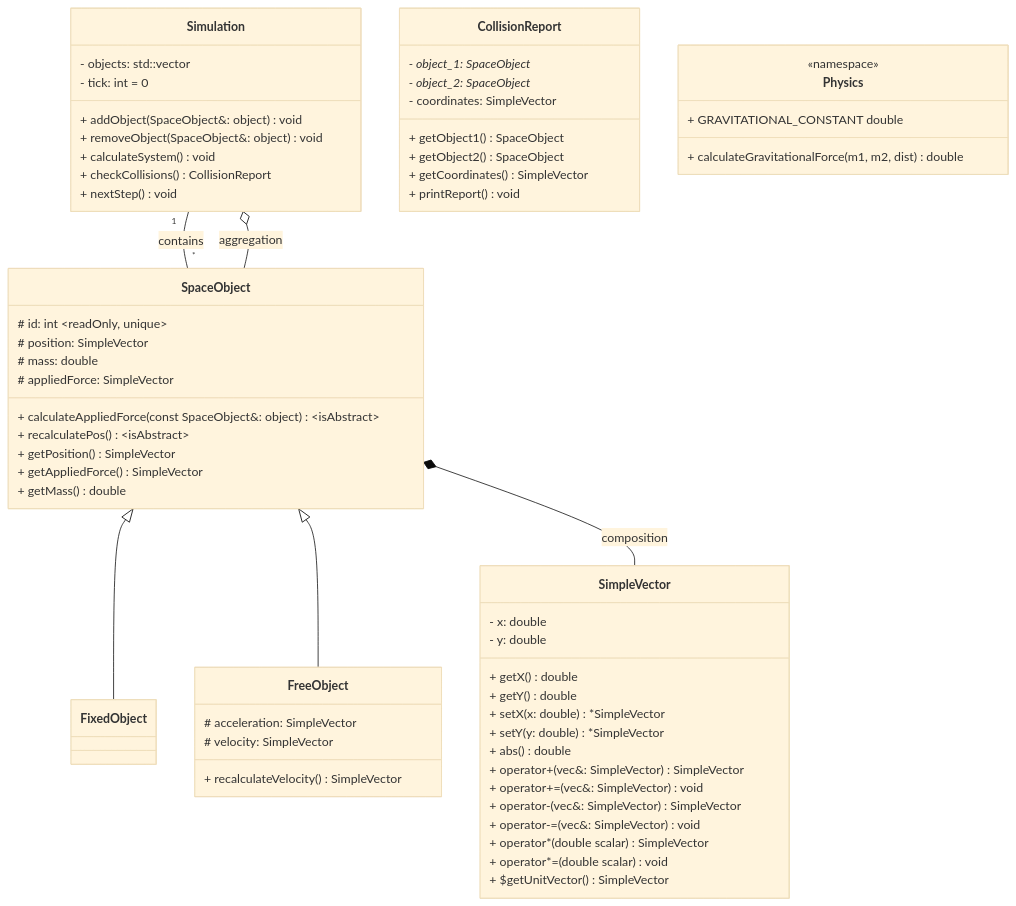
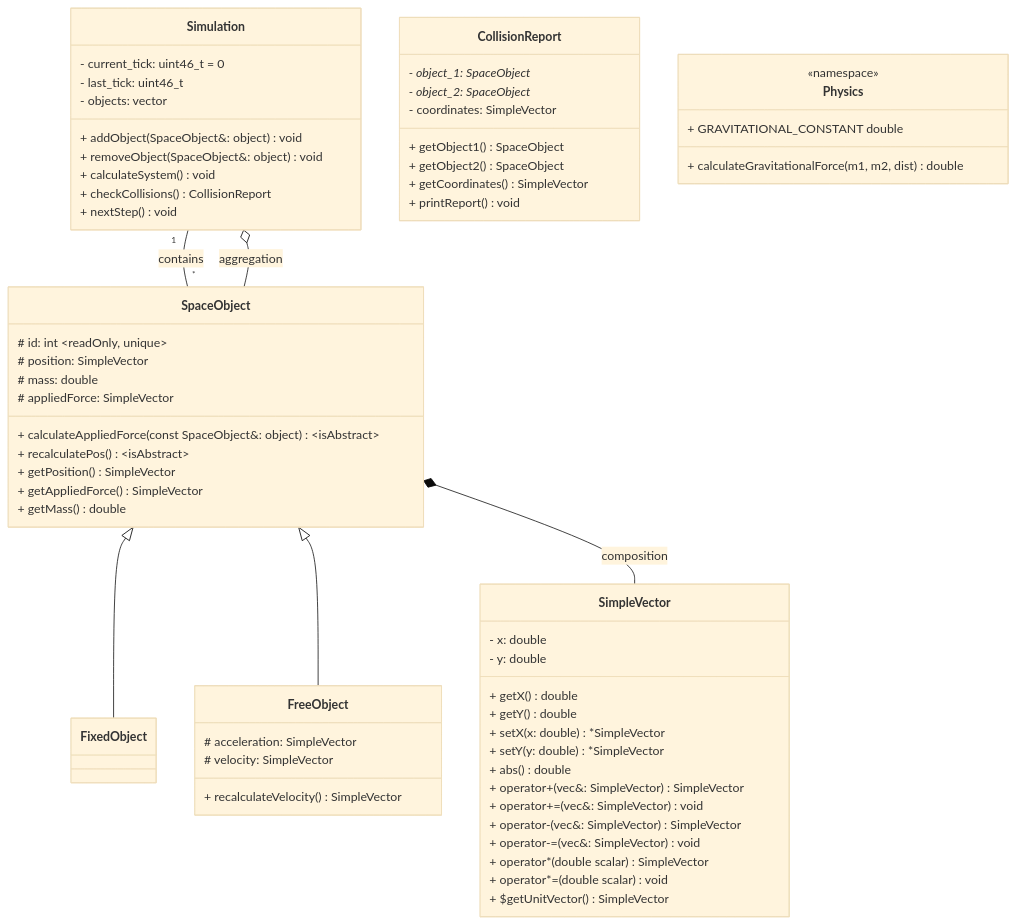
Before and after one commit to kotenko-o/simple-orbit-simulator: the diagram in docs/classDiagram.mmd, drawn with Mermaid (base theme). The commit also changed 1 other file, not shown here.

```diff
--- a/docs/classDiagram.mmd
+++ b/docs/classDiagram.mmd
@@ -1,73 +1,74 @@
 classDiagram
 
     SpaceObject <|-- FixedObject
     SpaceObject <|-- FreeObject
     Simulation "1" -- "*" SpaceObject : contains
 
     SpaceObject *-- SimpleVector : composition
     Simulation o-- SpaceObject : aggregation
     
     class Simulation {
-        - objects: std::vector<SpaceObject*>
-        - tick: int = 0
+        - current_tick: uint46_t = 0
+        - last_tick: uint46_t
+        - objects: vector<SpaceObject*>
         + addObject(SpaceObject&: object) void
         + removeObject(SpaceObject&: object) void
         + calculateSystem() void
         + checkCollisions() CollisionReport
         + nextStep() void
     }
 
     class SpaceObject {
         # id: int ~readOnly, unique~
         # position: SimpleVector
         # mass: double
         # appliedForce: SimpleVector
         + calculateAppliedForce(const SpaceObject&: object) ~isAbstract~
         + recalculatePos() ~isAbstract~
         + getPosition() SimpleVector
         + getAppliedForce() SimpleVector 
         + getMass() double
     }
 
     class FixedObject {
         
     }
 
     class FreeObject {
         # acceleration: SimpleVector
         # velocity: SimpleVector
         + recalculateVelocity() SimpleVector
     }
 
     class SimpleVector {
         - x: double
         - y: double
         + getX() double
         + getY() double
         + setX(x: double) *SimpleVector
         + setY(y: double) *SimpleVector
         + abs() double
         + operator+(vec&: SimpleVector) SimpleVector
         + operator+=(vec&: SimpleVector) void
         + operator-(vec&: SimpleVector) SimpleVector
         + operator-=(vec&: SimpleVector) void
         + operator*(double scalar) SimpleVector
         + operator*=(double scalar) void
         + $getUnitVector() SimpleVector
     }
 
     class CollisionReport {
         - object_1: SpaceObject*
         - object_2: SpaceObject*
         - coordinates: SimpleVector
         + getObject1() SpaceObject
         + getObject2() SpaceObject
         + getCoordinates() SimpleVector
         + printReport() void
     }
 
     class Physics {
         <<namespace>>
         + GRAVITATIONAL_CONSTANT double
         + calculateGravitationalForce(m1, m2, dist) double
     }
```
